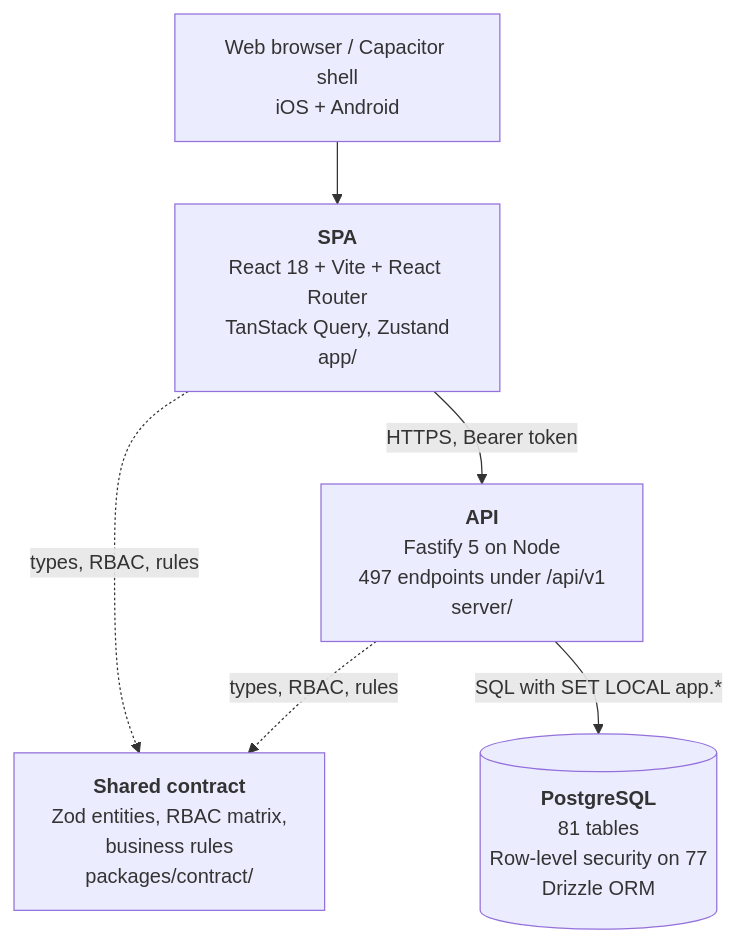
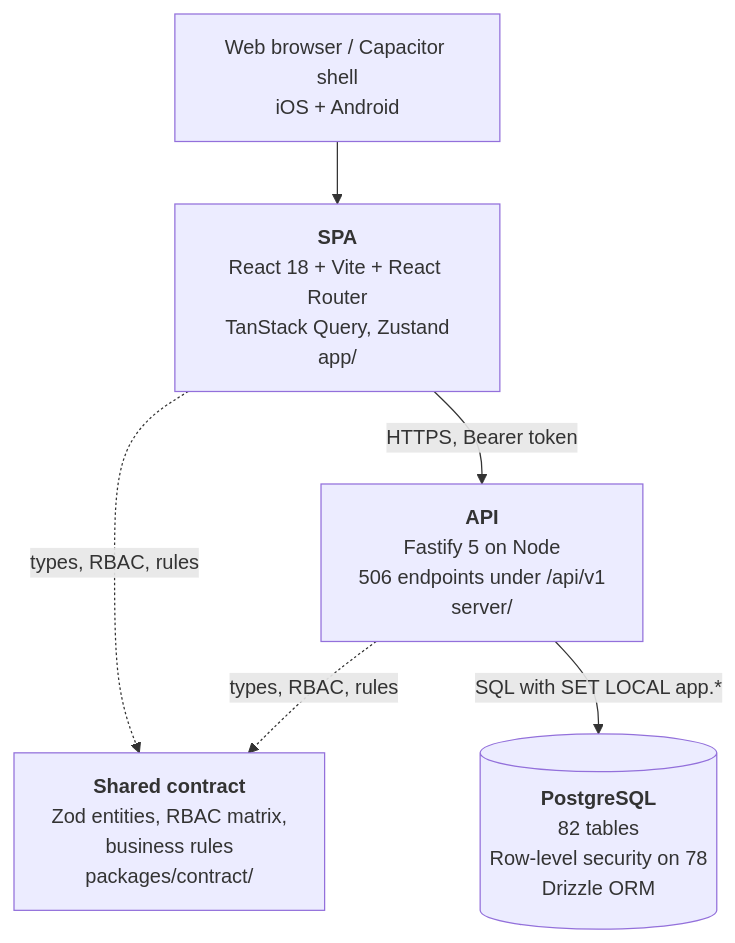
The second of 4 diagrams in docs/15_C4_ARCHITECTURE_DIAGRAMS/C4_MODEL.md (tazamohd/SlClNe), drawn with Mermaid before and after one commit. The commit also changed other lines of this file and 65 other files, not shown here.

````diff
--- a/docs/15_C4_ARCHITECTURE_DIAGRAMS/C4_MODEL.md
+++ b/docs/15_C4_ARCHITECTURE_DIAGRAMS/C4_MODEL.md
@@ -42,13 +42,13 @@
 ```mermaid
 flowchart TB
   browser["Web browser / Capacitor shell<br/>iOS + Android"]
   spa["<b>SPA</b><br/>React 18 + Vite + React Router<br/>TanStack Query, Zustand<br/>app/"]
-  api["<b>API</b><br/>Fastify 5 on Node<br/>497 endpoints under /api/v1<br/>server/"]
+  api["<b>API</b><br/>Fastify 5 on Node<br/>506 endpoints under /api/v1<br/>server/"]
   contract["<b>Shared contract</b><br/>Zod entities, RBAC matrix,<br/>business rules<br/>packages/contract/"]
-  db[("<b>PostgreSQL</b><br/>81 tables<br/>Row-level security on 77<br/>Drizzle ORM")]
+  db[("<b>PostgreSQL</b><br/>82 tables<br/>Row-level security on 78<br/>Drizzle ORM")]
   browser --> spa
   spa -->|"HTTPS, Bearer token"| api
   spa -.->|"types, RBAC, rules"| contract
   api -.->|"types, RBAC, rules"| contract
   api -->|"SQL with SET LOCAL app.*"| db
 ```
````
